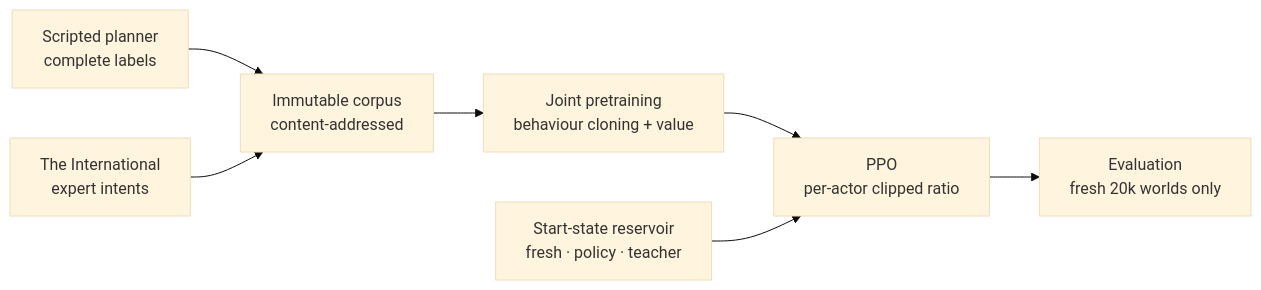
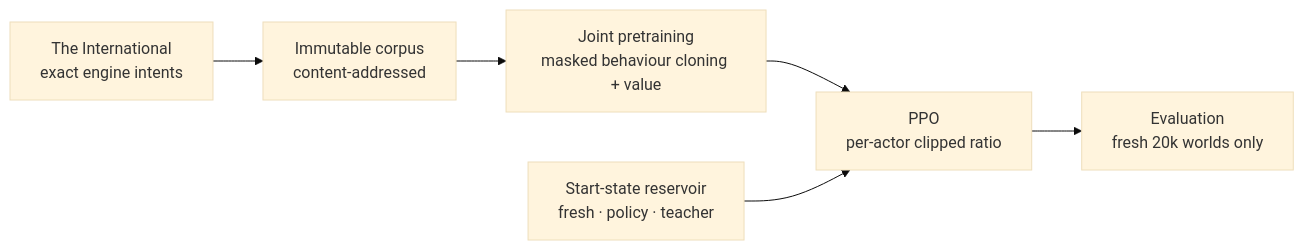
One commit to CarsonBurke/xxscreeps changed the second of 2 diagrams in samples/rl/README.md. Above: the diagram before and after it, drawn with Mermaid (base theme). The commit also changed other lines of this file and 5 other files, not shown here.

````diff
--- a/samples/rl/README.md
+++ b/samples/rl/README.md
@@ -163,9 +184,8 @@
 ```mermaid
 flowchart LR
-    S["Scripted planner<br/>complete labels"] --> C
-    I["The International<br/>expert intents"] --> C
+    I["The International<br/>exact engine intents"] --> C
     C["Immutable corpus<br/>content-addressed"] --> BC
-    BC["Joint pretraining<br/>behaviour cloning + value"] --> PPO
+    BC["Joint pretraining<br/>masked behaviour cloning + value"] --> PPO
     R["Start-state reservoir<br/>fresh · policy · teacher"] --> PPO
     PPO["PPO<br/>per-actor clipped ratio"] --> E["Evaluation<br/>fresh 20k worlds only"]
 ```
````
